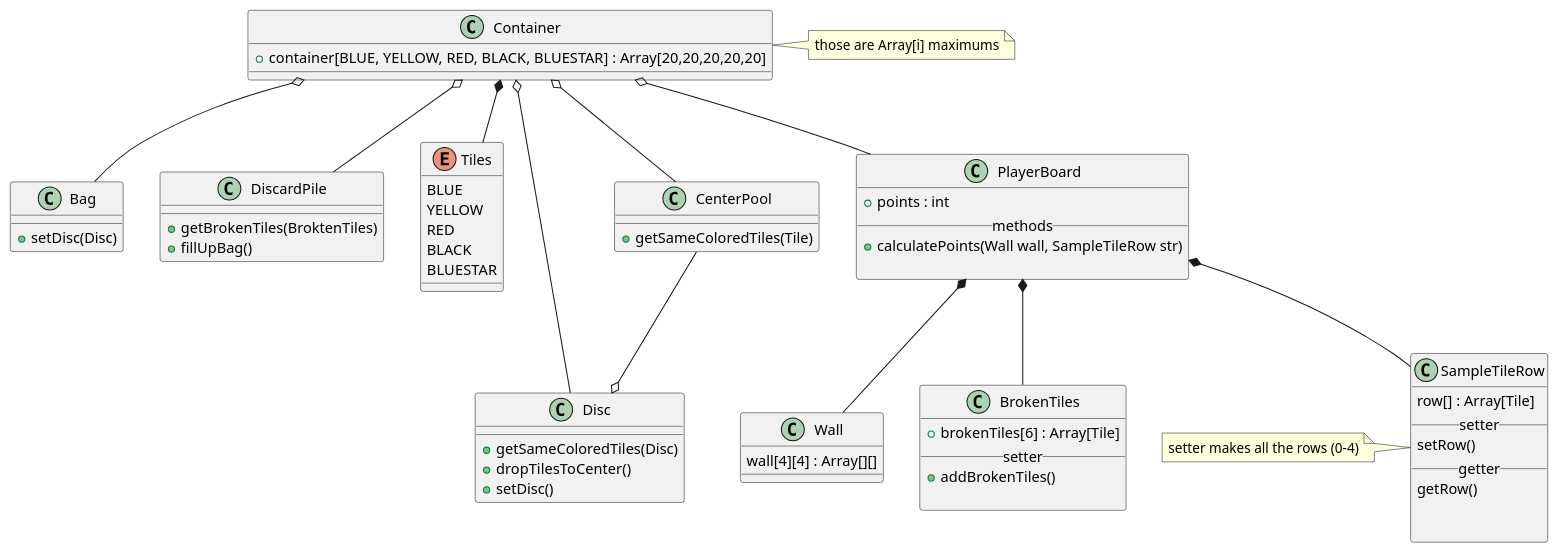
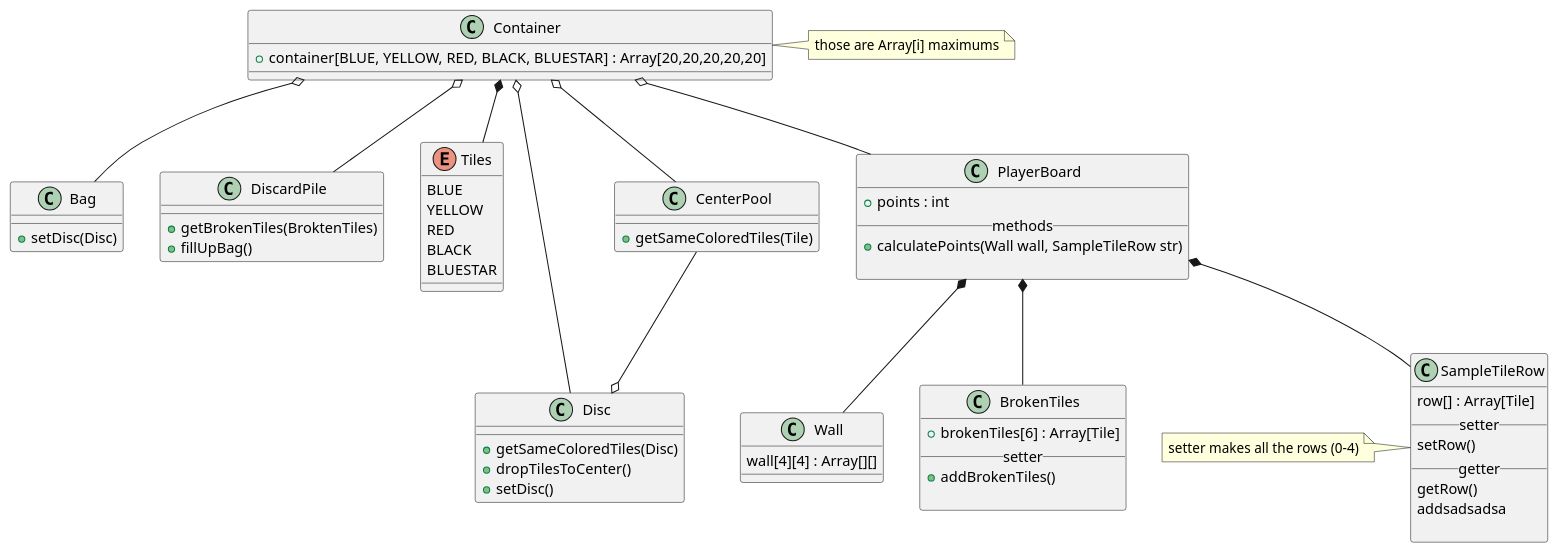
One commit to Uni-Sopron/szta-22t-azul-tileguys changed the diagram in doc/classdiagram.wsd. Above: the diagram before and after it, drawn with PlantUML.

Commit message:
dadsaddas

```diff
--- a/doc/classdiagram.wsd
+++ b/doc/classdiagram.wsd
@@ -1,76 +1,76 @@
 @startuml Azul classes
 class Container{
     + container[BLUE, YELLOW, RED, BLACK, BLUESTAR] : Array[20,20,20,20,20]
     
 
 }
 note right: those are Array[i] maximums
 Container o-- Bag
 class Bag{
     + setDisc(Disc)
 
 }
 
 Container o-- DiscardPile
 class DiscardPile{
     + getBrokenTiles(BroktenTiles)
     + fillUpBag()
 }
 
 Container *--Tiles
 enum Tiles{
     BLUE
     YELLOW
     RED
     BLACK
     BLUESTAR
 }
 
 Container o-- Disc
 class Disc{
     + getSameColoredTiles(Disc)
     + dropTilesToCenter()
     + setDisc()
 }
 Container o-- CenterPool
 CenterPool --o Disc
 class CenterPool{
     + getSameColoredTiles(Tile)
 }
 
 
 
 Container o-- PlayerBoard
 class PlayerBoard{
     + points : int
     __methods__
     + calculatePoints(Wall wall, SampleTileRow str)
 
 }
 
 PlayerBoard *-- SampleTileRow
 class SampleTileRow{
     row[] : Array[Tile]
     __setter__
     setRow()
     __getter__
     getRow()
-
+addsadsadsa
 
 }
 note left: setter makes all the rows (0-4)
 
 PlayerBoard *-- Wall
 class Wall{
     wall[4][4] : Array[][]
 }
 
 PlayerBoard *-- BrokenTiles
 class BrokenTiles{
     + brokenTiles[6] : Array[Tile]
     __setter__
     + addBrokenTiles()
 
 }
 
 @enduml
```
